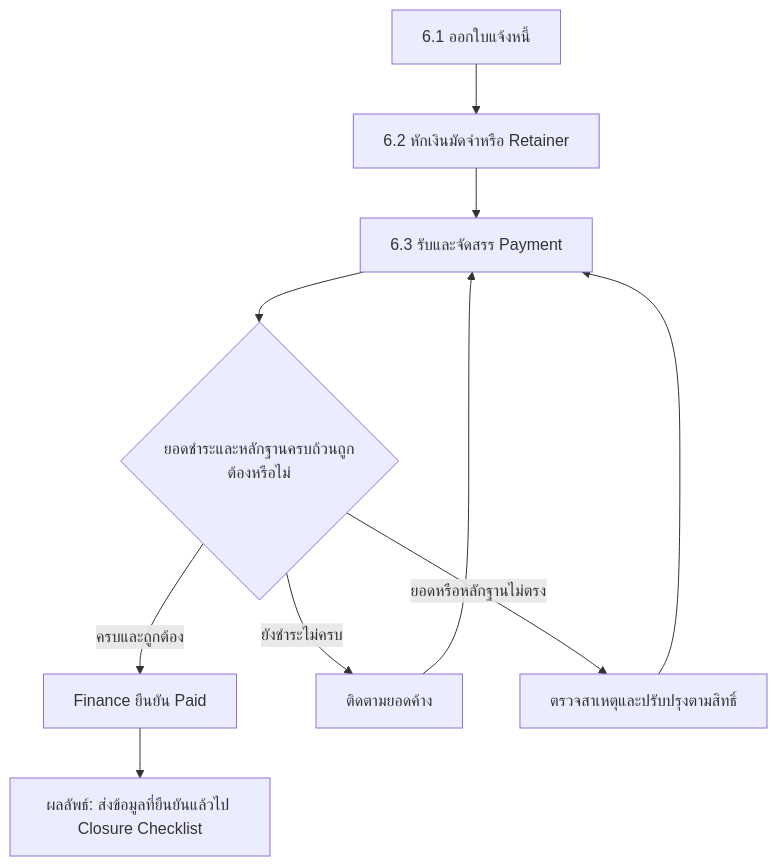
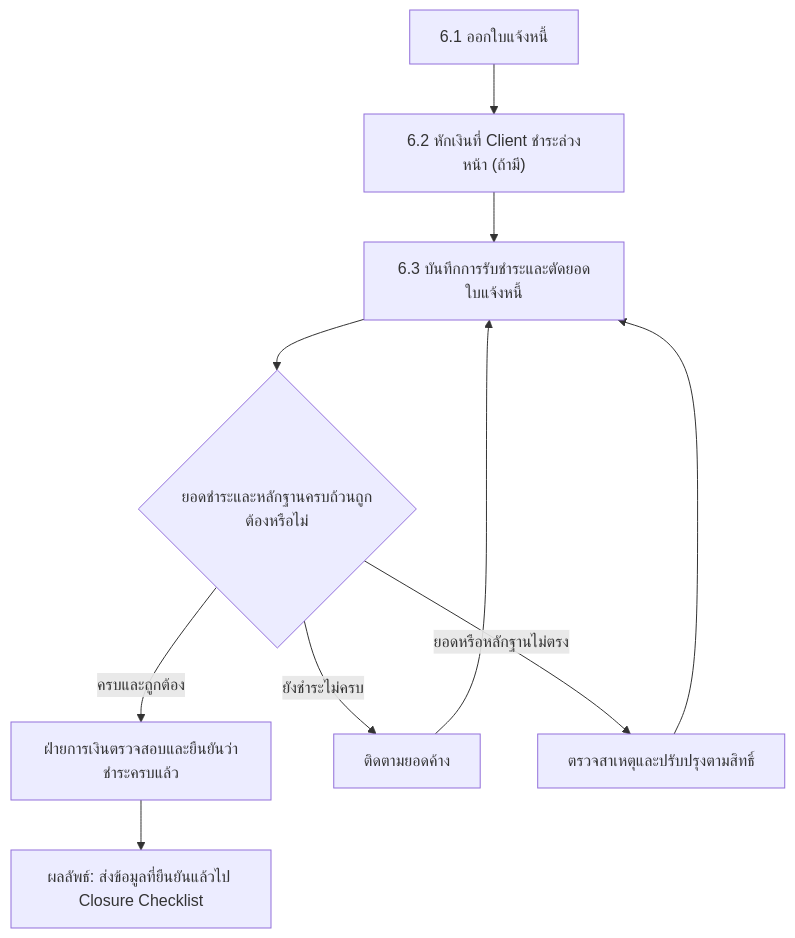
Before and after one commit to yukasung/legal_erp_docs: the sixth of 7 diagrams in docs/app/docs/workflow/page.mdx, drawn with Mermaid. The commit also changed other lines of this file, not shown here.

````diff
--- a/docs/app/docs/workflow/page.mdx
+++ b/docs/app/docs/workflow/page.mdx
@@ -140,12 +140,12 @@
 ```mermaid
 flowchart TD
-  A["6.1 ออกใบแจ้งหนี้"] --> B["6.2 หักเงินมัดจำหรือ Retainer"]
-  B --> C["6.3 รับและจัดสรร Payment"]
+  A["6.1 ออกใบแจ้งหนี้"] --> B["6.2 หักเงินที่ Client ชำระล่วงหน้า (ถ้ามี)"]
+  B --> C["6.3 บันทึกการรับชำระและตัดยอดใบแจ้งหนี้"]
   C --> D{"ยอดชำระและหลักฐานครบถ้วนถูกต้องหรือไม่"}
-  D -->|ครบและถูกต้อง| E["Finance ยืนยัน Paid"]
+  D -->|ครบและถูกต้อง| E["ฝ่ายการเงินตรวจสอบและยืนยันว่าชำระครบแล้ว"]
   D -->|ยังชำระไม่ครบ| F["ติดตามยอดค้าง"]
   F --> C
   D -->|ยอดหรือหลักฐานไม่ตรง| G["ตรวจสาเหตุและปรับปรุงตามสิทธิ์"]
   G --> C
   E --> R["ผลลัพธ์: ส่งข้อมูลที่ยืนยันแล้วไป Closure Checklist"]
 ```
````
